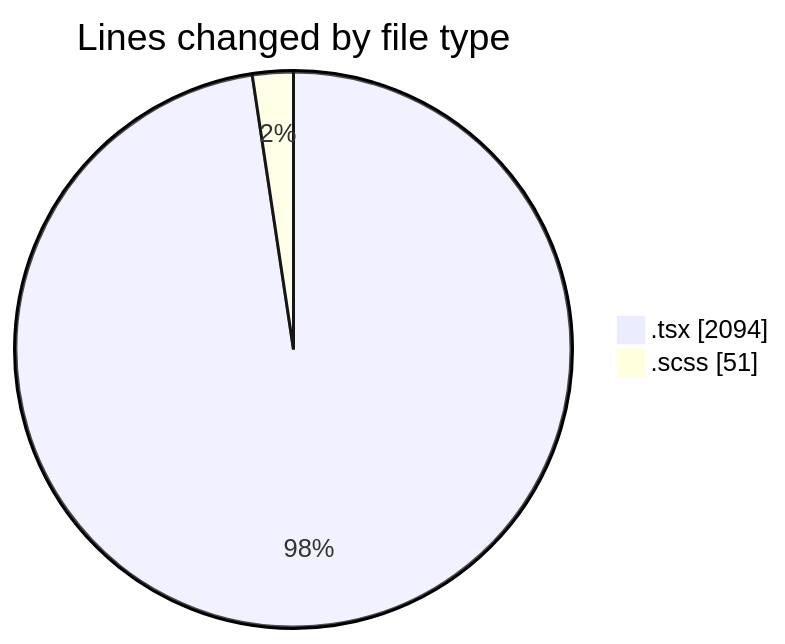
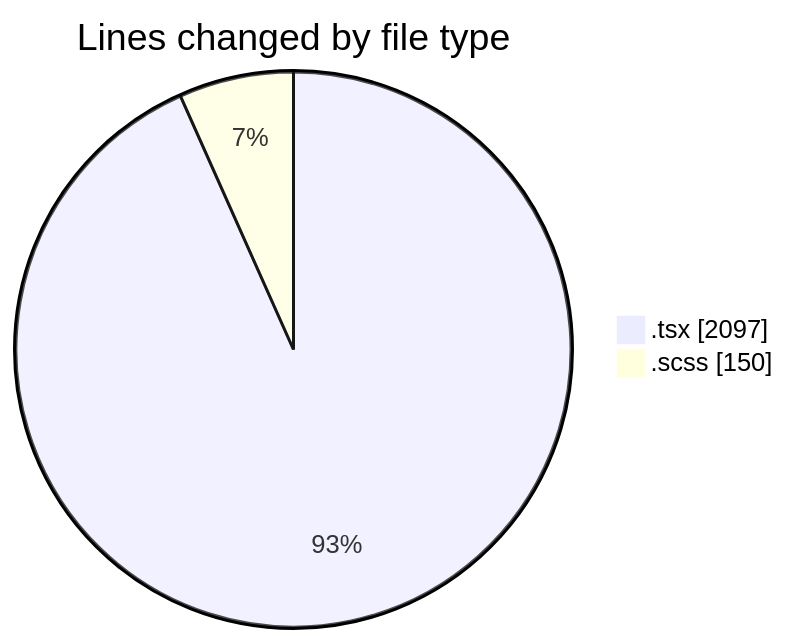
One commit to momahboobian/code-tracking changed the first of 2 diagrams in 2026-10-20/cda/README.md. Above: the diagram before and after it, drawn with Mermaid. The commit also changed other lines of this file and 1 other file, not shown here.

````diff
--- a/2026-10-20/cda/README.md
+++ b/2026-10-20/cda/README.md
@@ -27,6 +28,6 @@
 ```mermaid
 pie showData
 title Lines changed by file type
-".tsx" : 2094
-".scss" : 51
+".tsx" : 2097
+".scss" : 150
 ```
````
